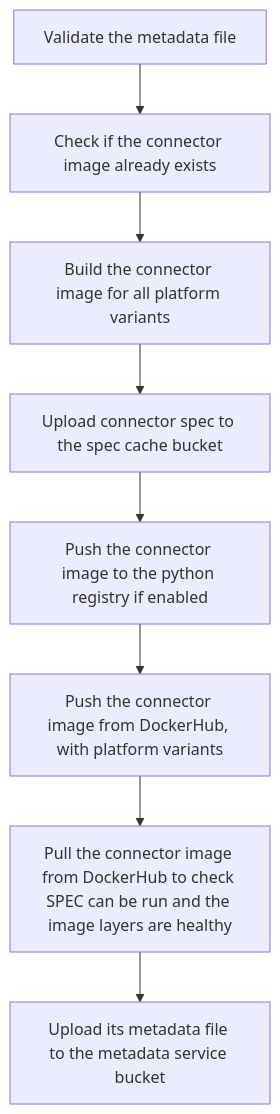
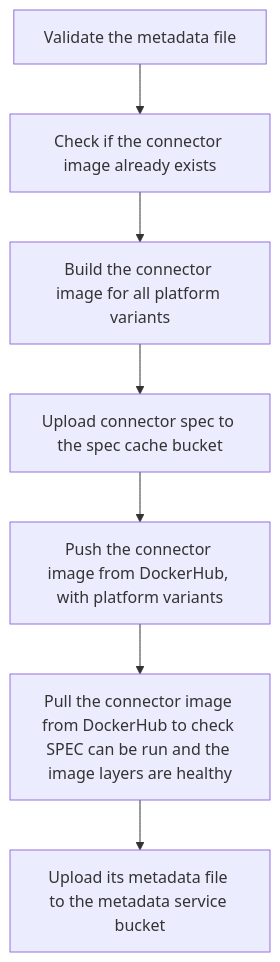
One commit to ollionorg/datapipes-airbyte changed the fourth of 5 diagrams in airbyte-ci/connectors/pipelines/README.md. Above: the diagram before and after it, drawn with Mermaid. The commit also changed other lines of this file and 4477 other files, not shown here.

````diff
--- a/airbyte-ci/connectors/pipelines/README.md
+++ b/airbyte-ci/connectors/pipelines/README.md
@@ -420,13 +363,12 @@
 ```mermaid
 flowchart TD
     validate[Validate the metadata file]
     check[Check if the connector image already exists]
     build[Build the connector image for all platform variants]
-    publish_to_python_registry[Push the connector image to the python registry if enabled]
     upload_spec[Upload connector spec to the spec cache bucket]
     push[Push the connector image from DockerHub, with platform variants]
     pull[Pull the connector image from DockerHub to check SPEC can be run and the image layers are healthy]
     upload_metadata[Upload its metadata file to the metadata service bucket]
 
-    validate-->check-->build-->upload_spec-->publish_to_python_registry-->push-->pull-->upload_metadata
+    validate-->check-->build-->upload_spec-->push-->pull-->upload_metadata
 ```
````
